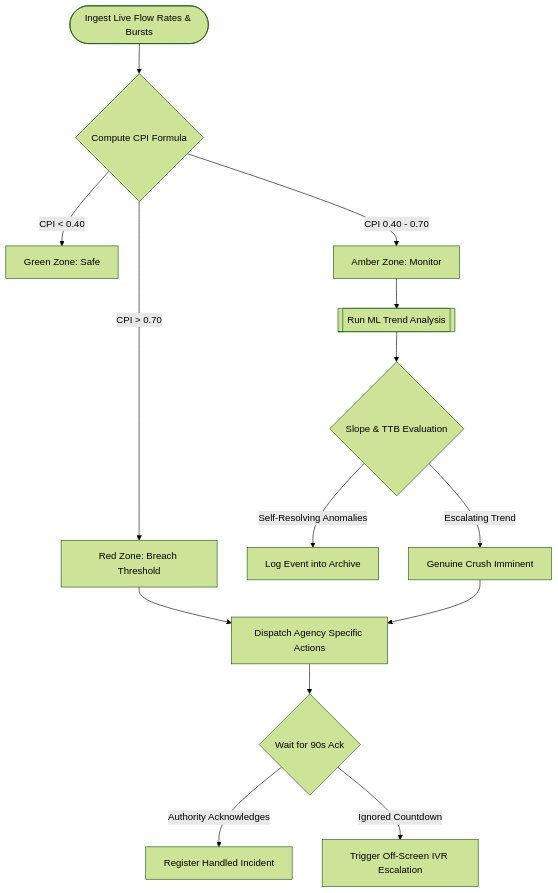
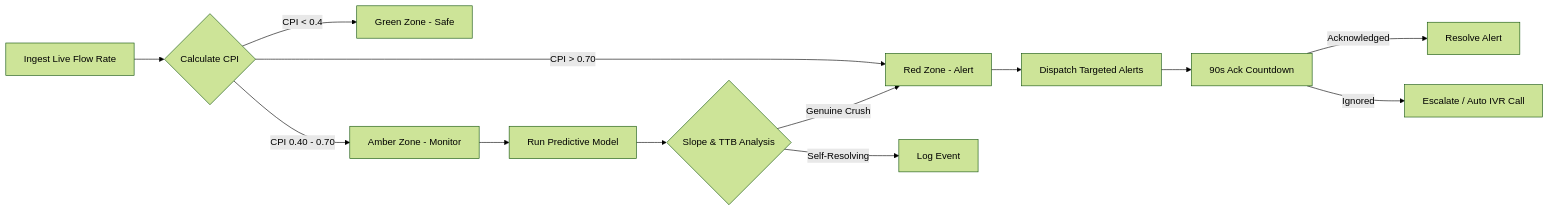
One commit to pithva007/Tarkshastra changed the second of 2 diagrams in README.md. Above: the diagram before and after it, drawn with Mermaid (forest theme). The commit also changed other lines of this file, not shown here.

````diff
--- a/README.md
+++ b/README.md
@@ -60,22 +49,17 @@
 ```mermaid
-flowchart TD
-    Start([Ingest Live Flow Rates & Bursts]) --> Calc{Compute CPI Formula}
+flowchart LR
+    A[Ingest Live Flow Rate] --> B{Calculate CPI}
+    B -->|CPI < 0.4| C[Green Zone - Safe]
+    B -->|CPI 0.40 - 0.70| D[Amber Zone - Monitor]
+    B -->|CPI > 0.70| E[Red Zone - Alert]
     
-    Calc -->|CPI < 0.40| Safe[Green Zone: Safe]
-    Calc -->|CPI 0.40 - 0.70| Monitor[Amber Zone: Monitor]
-    Calc -->|CPI > 0.70| Danger[Red Zone: Breach Threshold]
-
-    Monitor --> Predict[[Run ML Trend Analysis]]
-    Predict --> Slope{Slope & TTB Evaluation}
+    D --> F[Run Predictive Model]
+    F --> G{Slope & TTB Analysis}
+    G -->|Self-Resolving| H[Log Event]
+    G -->|Genuine Crush| E
     
-    Slope -->|Self-Resolving Anomalies| Log[Log Event into Archive]
-    Slope -->|Escalating Trend| Genuine[Genuine Crush Imminent]
-    
-    Danger --> Dispatch[Dispatch Agency Specific Actions]
-    Genuine --> Dispatch
-    
-    Dispatch --> Timer{Wait for 90s Ack}
-    
-    Timer -->|Authority Acknowledges| Resolve[Register Handled Incident]
-    Timer -->|Ignored Countdown| Escalate[Trigger Off-Screen IVR Escalation]
+    E --> I[Dispatch Targeted Alerts]
+    I --> J[90s Ack Countdown]
+    J -->|Acknowledged| K[Resolve Alert]
+    J -->|Ignored| L[Escalate / Auto IVR Call]
 ```
````
